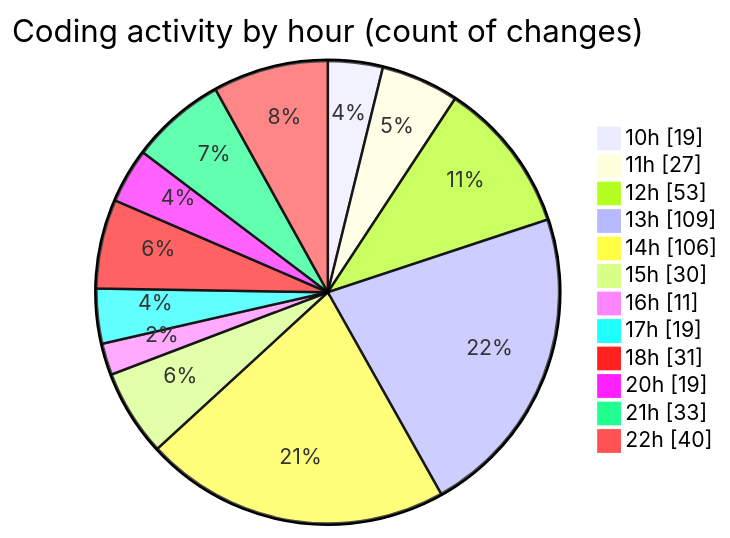
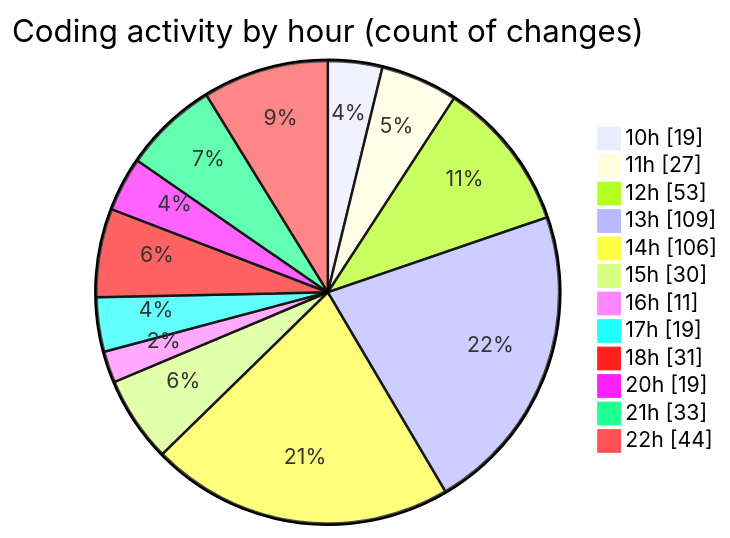
Before and after one commit to momahboobian/code-tracking: the second of 2 diagrams in 2025-03-18/cda/README.md, drawn with Mermaid. The commit also changed other lines of this file and 1 other file, not shown here.

````diff
--- a/2025-03-18/cda/README.md
+++ b/2025-03-18/cda/README.md
@@ -44,16 +44,16 @@
 ```mermaid
 pie showData
 title Coding activity by hour (count of changes)
 "10h" : 19
 "11h" : 27
 "12h" : 53
 "13h" : 109
 "14h" : 106
 "15h" : 30
 "16h" : 11
 "17h" : 19
 "18h" : 31
 "20h" : 19
 "21h" : 33
-"22h" : 40
+"22h" : 44
 ```
````
